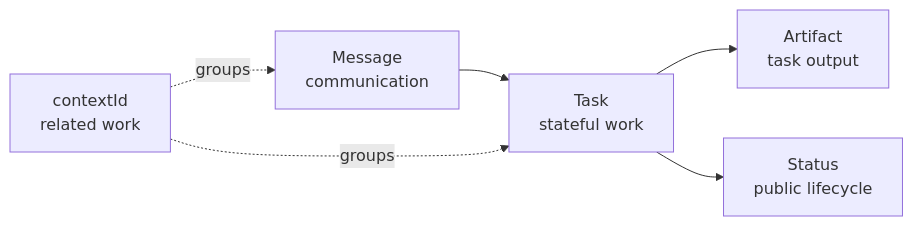
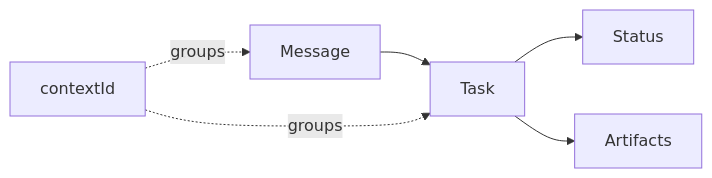
The diagram in docs/protocols/a2a.md (jeffrey-groneberg/workiq-deepagents), drawn with Mermaid before and after one commit. The commit also changed other lines of this file and 10 other files, not shown here.

````diff
--- a/docs/protocols/a2a.md
+++ b/docs/protocols/a2a.md
@@ -34,8 +24,8 @@
 ```mermaid
 flowchart LR
-    M[Message<br/>communication] --> T[Task<br/>stateful work]
-    C[contextId<br/>related work] -. groups .-> M
+    M[Message] --> T[Task]
+    C[contextId] -. groups .-> M
     C -. groups .-> T
-    T --> A[Artifact<br/>task output]
-    T --> S[Status<br/>public lifecycle]
+    T --> S[Status]
+    T --> A[Artifacts]
 ```
````
